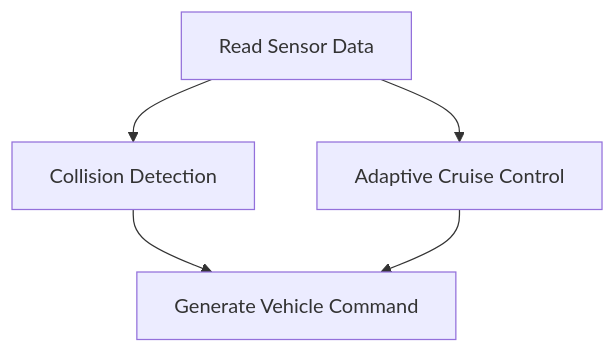
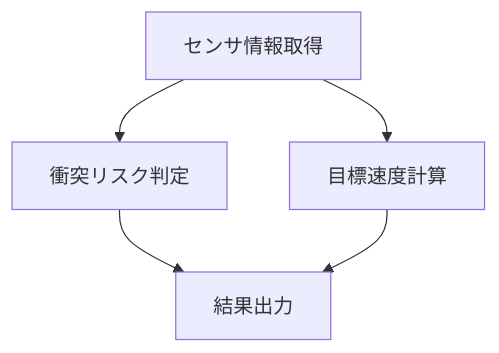
The third of 3 diagrams in README.md (sekiya-mukai/autonomous-driving-demo), drawn with Mermaid before and after one commit. The commit also changed other lines of this file, not shown here.

````diff
--- a/README.md
+++ b/README.md
@@ -75,17 +81,17 @@
 ```mermaid
 flowchart TD
 
-    A["Read Sensor Data"]
+    A["センサ情報取得"]
 
-    B["Collision Detection"]
+    B["衝突リスク判定"]
 
-    C["Adaptive Cruise Control"]
+    C["目標速度計算"]
 
-    D["Generate Vehicle Command"]
+    D["結果出力"]
 
     A --> B
     A --> C
 
     B --> D
     C --> D
 ```
````
